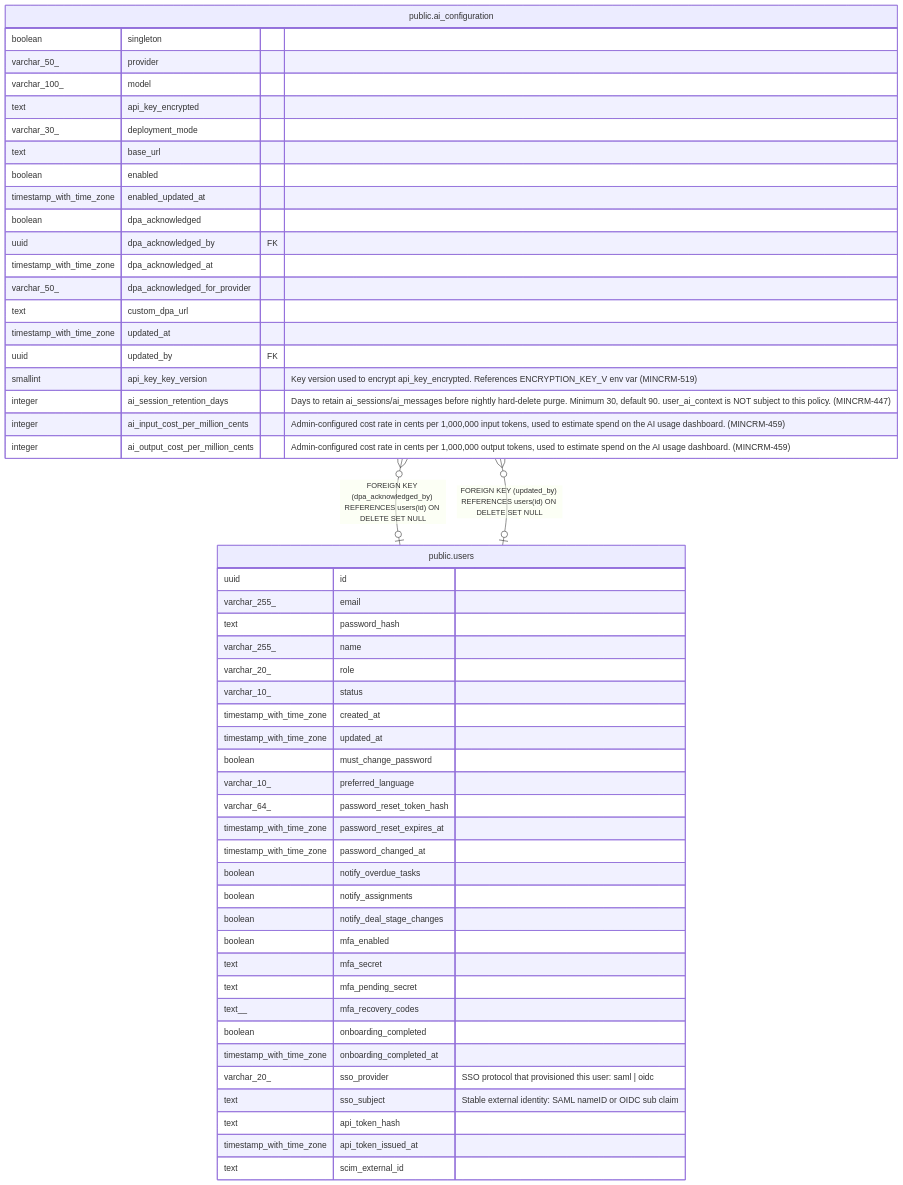
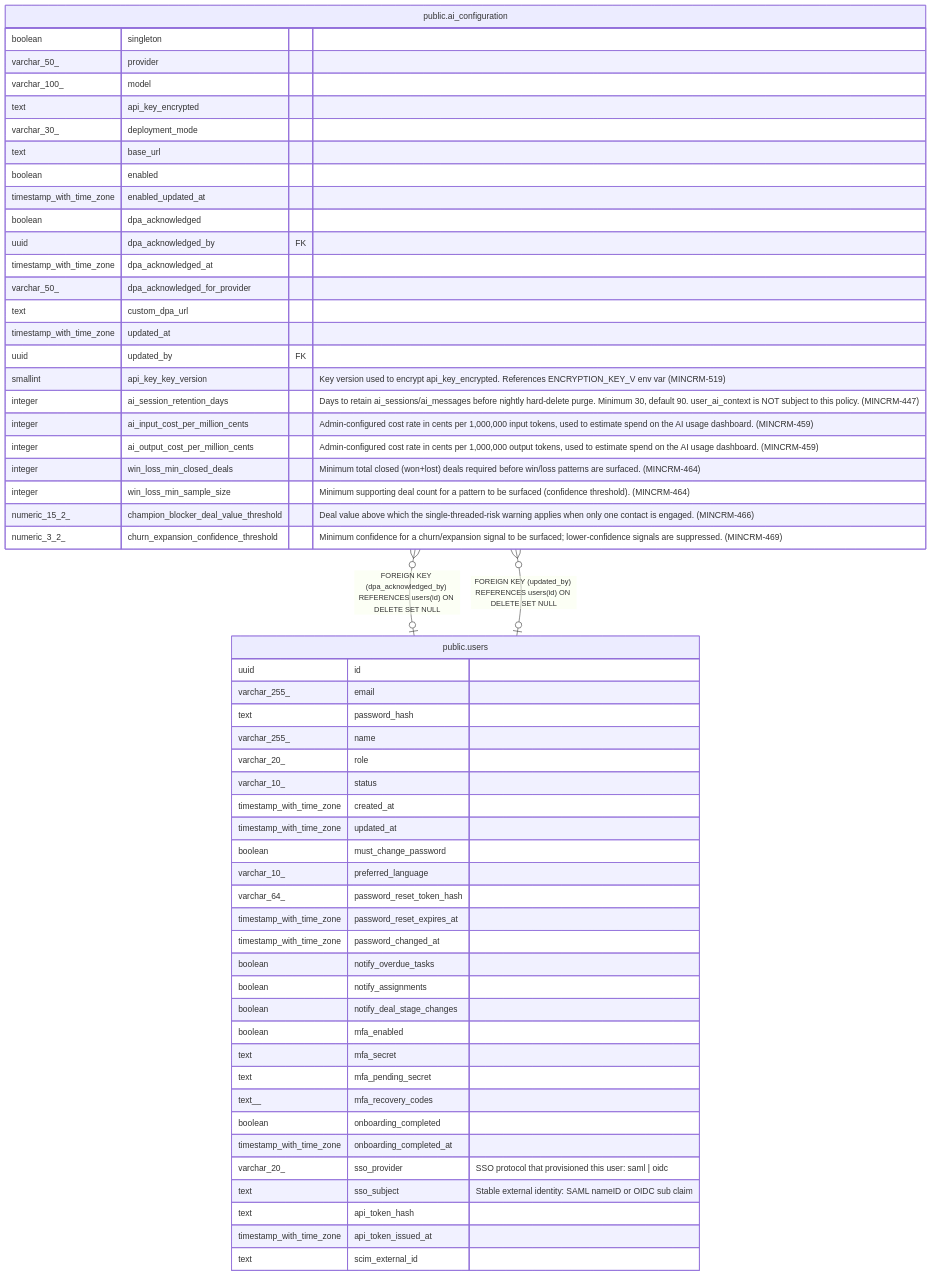
One commit to rkseattle/minicrm changed the diagram in docs/schema/public.ai_configuration.md. Above: the diagram before and after it, drawn with Mermaid. The commit also changed other lines of this file and 22 other files, not shown here.

````diff
--- a/docs/schema/public.ai_configuration.md
+++ b/docs/schema/public.ai_configuration.md
@@ -47,57 +55,61 @@
 ```mermaid
 erDiagram
 
 "public.ai_configuration" }o--o| "public.users" : "FOREIGN KEY (dpa_acknowledged_by) REFERENCES users(id) ON DELETE SET NULL"
 "public.ai_configuration" }o--o| "public.users" : "FOREIGN KEY (updated_by) REFERENCES users(id) ON DELETE SET NULL"
 
 "public.ai_configuration" {
   boolean singleton ""
   varchar_50_ provider ""
   varchar_100_ model ""
   text api_key_encrypted ""
   varchar_30_ deployment_mode ""
   text base_url ""
   boolean enabled ""
   timestamp_with_time_zone enabled_updated_at ""
   boolean dpa_acknowledged ""
   uuid dpa_acknowledged_by FK ""
   timestamp_with_time_zone dpa_acknowledged_at ""
   varchar_50_ dpa_acknowledged_for_provider ""
   text custom_dpa_url ""
   timestamp_with_time_zone updated_at ""
   uuid updated_by FK ""
   smallint api_key_key_version "Key version used to encrypt api_key_encrypted. References ENCRYPTION_KEY_V<n> env var (MINCRM-519)"
   integer ai_session_retention_days "Days to retain ai_sessions/ai_messages before nightly hard-delete purge. Minimum 30, default 90. user_ai_context is NOT subject to this policy. (MINCRM-447)"
   integer ai_input_cost_per_million_cents "Admin-configured cost rate in cents per 1,000,000 input tokens, used to estimate spend on the AI usage dashboard. (MINCRM-459)"
   integer ai_output_cost_per_million_cents "Admin-configured cost rate in cents per 1,000,000 output tokens, used to estimate spend on the AI usage dashboard. (MINCRM-459)"
+  integer win_loss_min_closed_deals "Minimum total closed (won+lost) deals required before win/loss patterns are surfaced. (MINCRM-464)"
+  integer win_loss_min_sample_size "Minimum supporting deal count for a pattern to be surfaced (confidence threshold). (MINCRM-464)"
+  numeric_15_2_ champion_blocker_deal_value_threshold "Deal value above which the single-threaded-risk warning applies when only one contact is engaged. (MINCRM-466)"
+  numeric_3_2_ churn_expansion_confidence_threshold "Minimum confidence for a churn/expansion signal to be surfaced; lower-confidence signals are suppressed. (MINCRM-469)"
 }
 "public.users" {
   uuid id ""
   varchar_255_ email ""
   text password_hash ""
   varchar_255_ name ""
   varchar_20_ role ""
   varchar_10_ status ""
   timestamp_with_time_zone created_at ""
   timestamp_with_time_zone updated_at ""
   boolean must_change_password ""
   varchar_10_ preferred_language ""
   varchar_64_ password_reset_token_hash ""
   timestamp_with_time_zone password_reset_expires_at ""
   timestamp_with_time_zone password_changed_at ""
   boolean notify_overdue_tasks ""
   boolean notify_assignments ""
   boolean notify_deal_stage_changes ""
   boolean mfa_enabled ""
   text mfa_secret ""
   text mfa_pending_secret ""
   text__ mfa_recovery_codes ""
   boolean onboarding_completed ""
   timestamp_with_time_zone onboarding_completed_at ""
   varchar_20_ sso_provider "SSO protocol that provisioned this user: saml | oidc"
   text sso_subject "Stable external identity: SAML nameID or OIDC sub claim"
   text api_token_hash ""
   timestamp_with_time_zone api_token_issued_at ""
   text scim_external_id ""
 }
 ```
````
